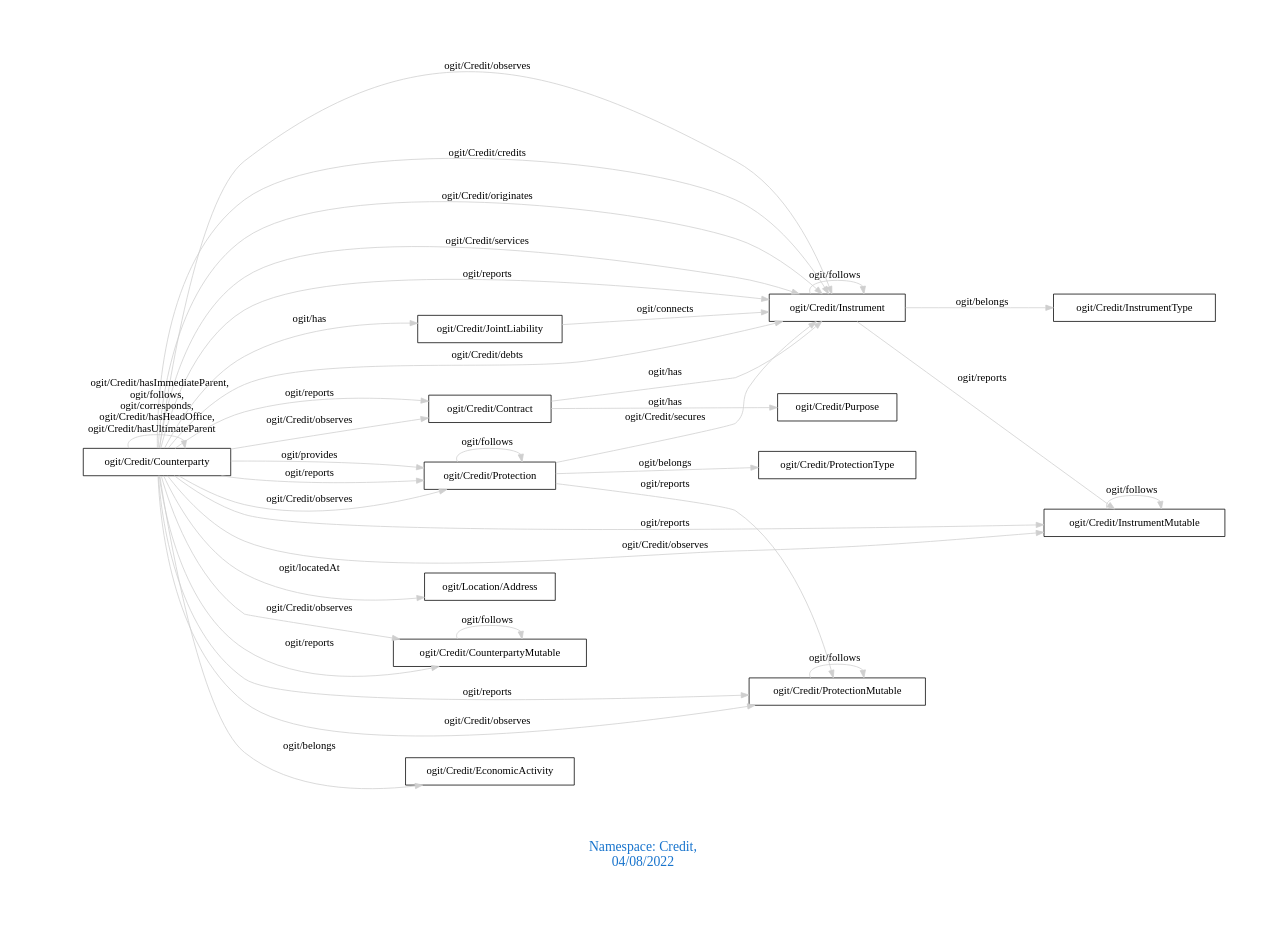
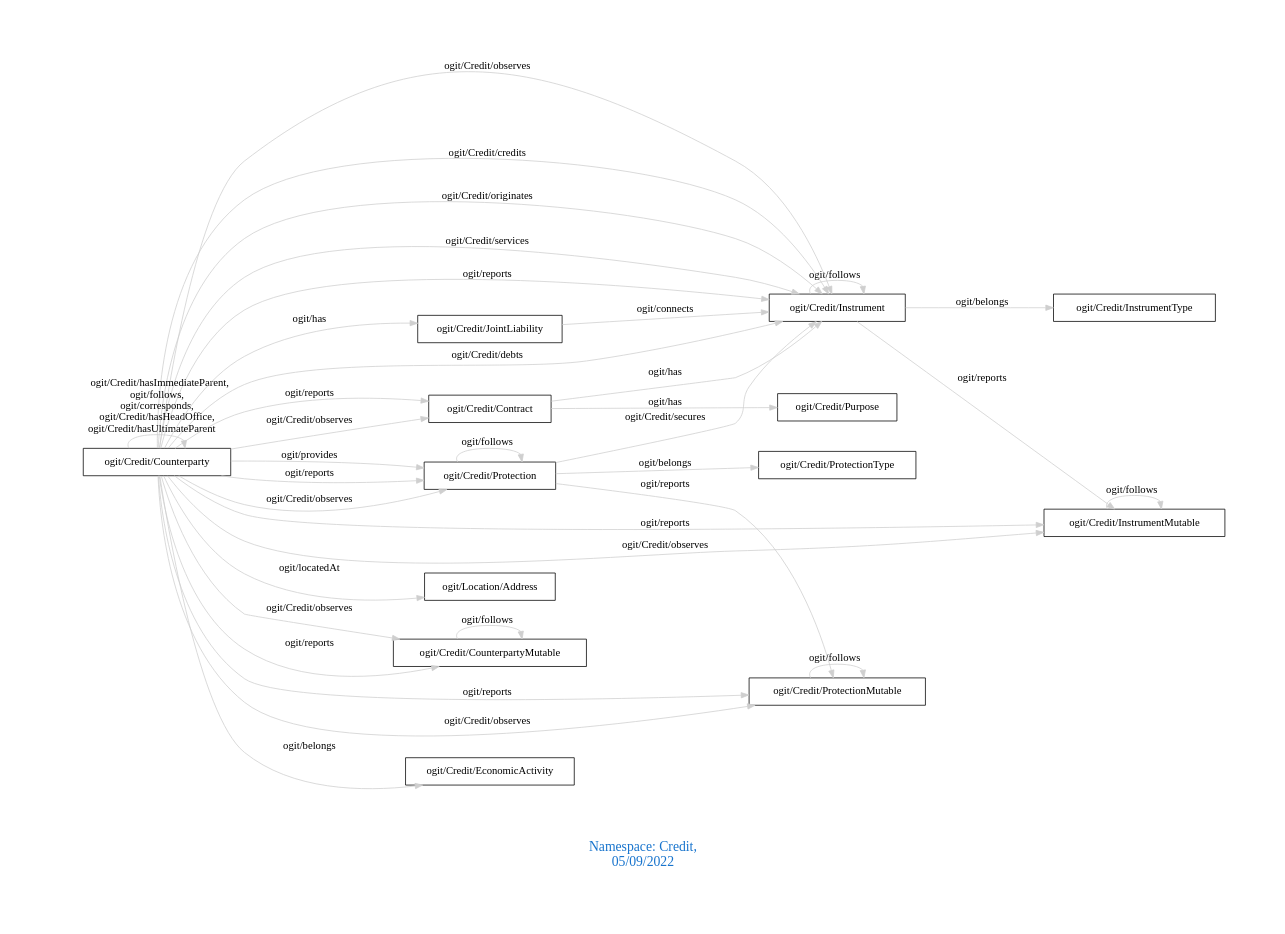
One commit to arago/OGIT changed the diagram in downloads/Credit.dot. Above: the diagram before and after it, drawn with Graphviz. The commit also changed 1913 other files, not shown here.

```diff
--- a/downloads/Credit.dot
+++ b/downloads/Credit.dot
@@ -1,42 +1,42 @@
 digraph OGIT_ontology {
  graph [ rankdir= LR,pad=1 
 fontsize = 18,
-fontcolor= dodgerblue3,label = "\n\n\nNamespace: Credit, \n 04/08/2022"];
+fontcolor= dodgerblue3,label = "\n\n\nNamespace: Credit, \n 05/09/2022"];
 node[shape=polygon];
 edge [  color="gray81"];
 
    "ogit/Credit/Protection" -> "ogit/Credit/Instrument" [label="   ogit/Credit/secures    "];
    "ogit/Credit/Counterparty" -> "ogit/Credit/Instrument" [label="   ogit/Credit/debts    "];
    "ogit/Credit/Counterparty" -> "ogit/Location/Address" [label="   ogit/locatedAt    "];
    "ogit/Credit/Counterparty" -> "ogit/Credit/CounterpartyMutable" [label="   ogit/Credit/observes    "];
    "ogit/Credit/Counterparty" -> "ogit/Credit/InstrumentMutable" [label="   ogit/Credit/observes    "];
    "ogit/Credit/Counterparty" -> "ogit/Credit/ProtectionMutable" [label="   ogit/Credit/observes    "];
    "ogit/Credit/Counterparty" -> "ogit/Credit/Instrument" [label="   ogit/Credit/observes    "];
    "ogit/Credit/Counterparty" -> "ogit/Credit/Protection" [label="   ogit/Credit/observes    "];
    "ogit/Credit/Counterparty" -> "ogit/Credit/Contract" [label="   ogit/Credit/observes    "];
    "ogit/Credit/JointLiability" -> "ogit/Credit/Instrument" [label="   ogit/connects    "];
    "ogit/Credit/Counterparty" -> "ogit/Credit/Instrument" [label="   ogit/Credit/credits    "];
    "ogit/Credit/Counterparty" -> "ogit/Credit/Protection" [label="   ogit/provides    "];
    "ogit/Credit/Counterparty" -> "ogit/Credit/Instrument" [label="   ogit/Credit/originates    "];
    "ogit/Credit/Counterparty" -> "ogit/Credit/Instrument" [label="   ogit/Credit/services    "];
    "ogit/Credit/Counterparty" -> "ogit/Credit/EconomicActivity" [label="   ogit/belongs    "];
    "ogit/Credit/Instrument" -> "ogit/Credit/InstrumentType" [label="   ogit/belongs    "];
    "ogit/Credit/Protection" -> "ogit/Credit/ProtectionType" [label="   ogit/belongs    "];
    "ogit/Credit/Counterparty" -> "ogit/Credit/CounterpartyMutable" [label="   ogit/reports    "];
    "ogit/Credit/Counterparty" -> "ogit/Credit/ProtectionMutable" [label="   ogit/reports    "];
    "ogit/Credit/Counterparty" -> "ogit/Credit/InstrumentMutable" [label="   ogit/reports    "];
    "ogit/Credit/Counterparty" -> "ogit/Credit/Instrument" [label="   ogit/reports    "];
    "ogit/Credit/Counterparty" -> "ogit/Credit/Protection" [label="   ogit/reports    "];
    "ogit/Credit/Counterparty" -> "ogit/Credit/Contract" [label="   ogit/reports    "];
    "ogit/Credit/Instrument" -> "ogit/Credit/InstrumentMutable" [label="   ogit/reports    "];
    "ogit/Credit/Protection" -> "ogit/Credit/ProtectionMutable" [label="   ogit/reports    "];
    "ogit/Credit/Contract" -> "ogit/Credit/Instrument" [label="   ogit/has    "];
    "ogit/Credit/Contract" -> "ogit/Credit/Purpose" [label="   ogit/has    "];
    "ogit/Credit/Counterparty" -> "ogit/Credit/JointLiability" [label="   ogit/has    "];
    "ogit/Credit/Protection" -> "ogit/Credit/Protection" [label="   ogit/follows    "];
    "ogit/Credit/InstrumentMutable" -> "ogit/Credit/InstrumentMutable" [label="   ogit/follows    "];
    "ogit/Credit/ProtectionMutable" -> "ogit/Credit/ProtectionMutable" [label="   ogit/follows    "];
    "ogit/Credit/Instrument" -> "ogit/Credit/Instrument" [label="   ogit/follows    "];
    "ogit/Credit/Counterparty" -> "ogit/Credit/Counterparty" [label="   ogit/Credit/hasImmediateParent, \n ogit/follows, \n ogit/corresponds, \n ogit/Credit/hasHeadOffice, \n ogit/Credit/hasUltimateParent    "];
    "ogit/Credit/CounterpartyMutable" -> "ogit/Credit/CounterpartyMutable" [label="   ogit/follows    "];
 }
```
